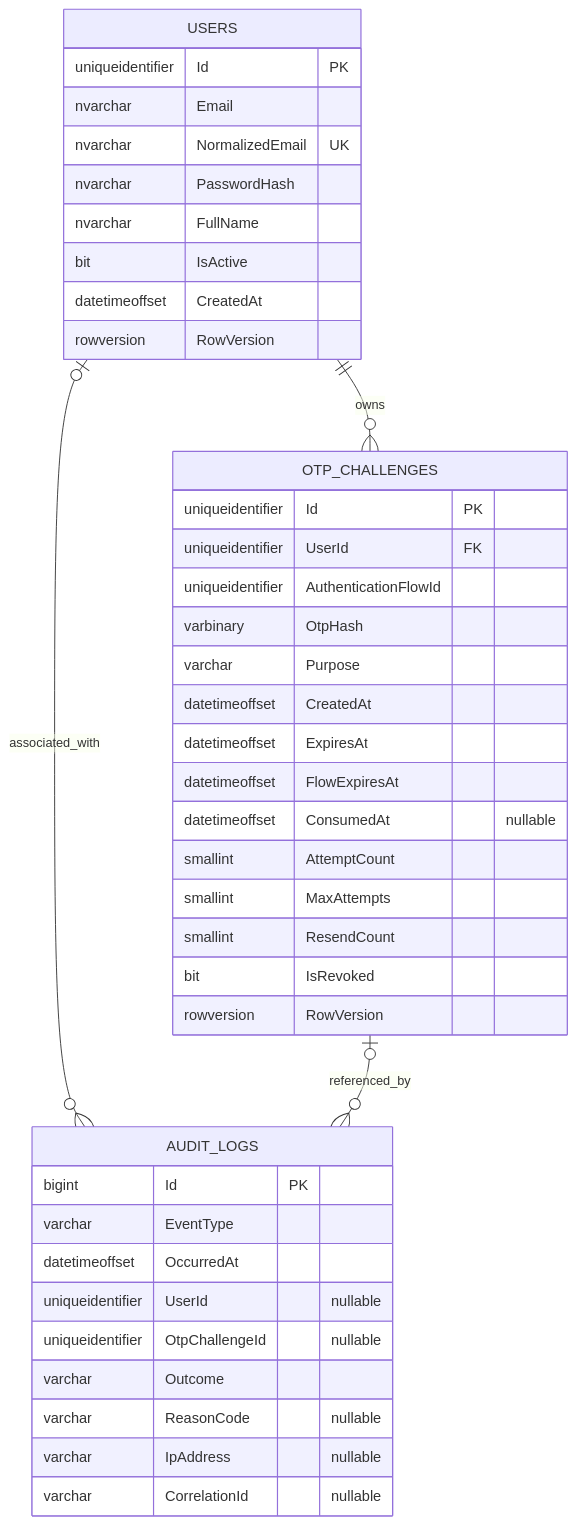
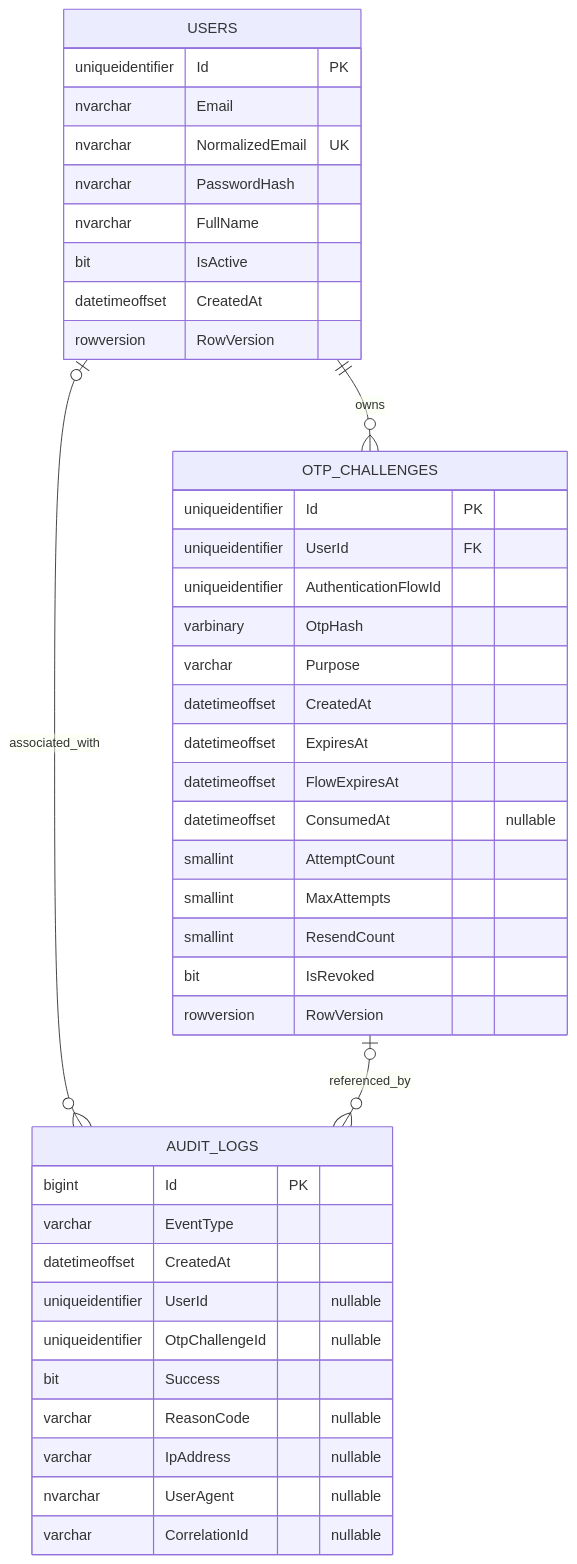
The diagram in docs/DATABASE_DESIGN.md (ThanhTM68/otp-auth-system), drawn with Mermaid before and after one commit. The commit also changed other lines of this file and 11 other files, not shown here.

````diff
--- a/docs/DATABASE_DESIGN.md
+++ b/docs/DATABASE_DESIGN.md
@@ -19,46 +19,47 @@
 ```mermaid
 erDiagram
     USERS ||--o{ OTP_CHALLENGES : owns
     USERS o|--o{ AUDIT_LOGS : associated_with
     OTP_CHALLENGES o|--o{ AUDIT_LOGS : referenced_by
 
     USERS {
         uniqueidentifier Id PK
         nvarchar Email
         nvarchar NormalizedEmail UK
         nvarchar PasswordHash
         nvarchar FullName
         bit IsActive
         datetimeoffset CreatedAt
         rowversion RowVersion
     }
 
     OTP_CHALLENGES {
         uniqueidentifier Id PK
         uniqueidentifier UserId FK
         uniqueidentifier AuthenticationFlowId
         varbinary OtpHash
         varchar Purpose
         datetimeoffset CreatedAt
         datetimeoffset ExpiresAt
         datetimeoffset FlowExpiresAt
         datetimeoffset ConsumedAt "nullable"
         smallint AttemptCount
         smallint MaxAttempts
         smallint ResendCount
         bit IsRevoked
         rowversion RowVersion
     }
 
     AUDIT_LOGS {
         bigint Id PK
         varchar EventType
-        datetimeoffset OccurredAt
+        datetimeoffset CreatedAt
         uniqueidentifier UserId "nullable"
         uniqueidentifier OtpChallengeId "nullable"
-        varchar Outcome
+        bit Success
         varchar ReasonCode "nullable"
         varchar IpAddress "nullable"
+        nvarchar UserAgent "nullable"
         varchar CorrelationId "nullable"
     }
 ```
````
